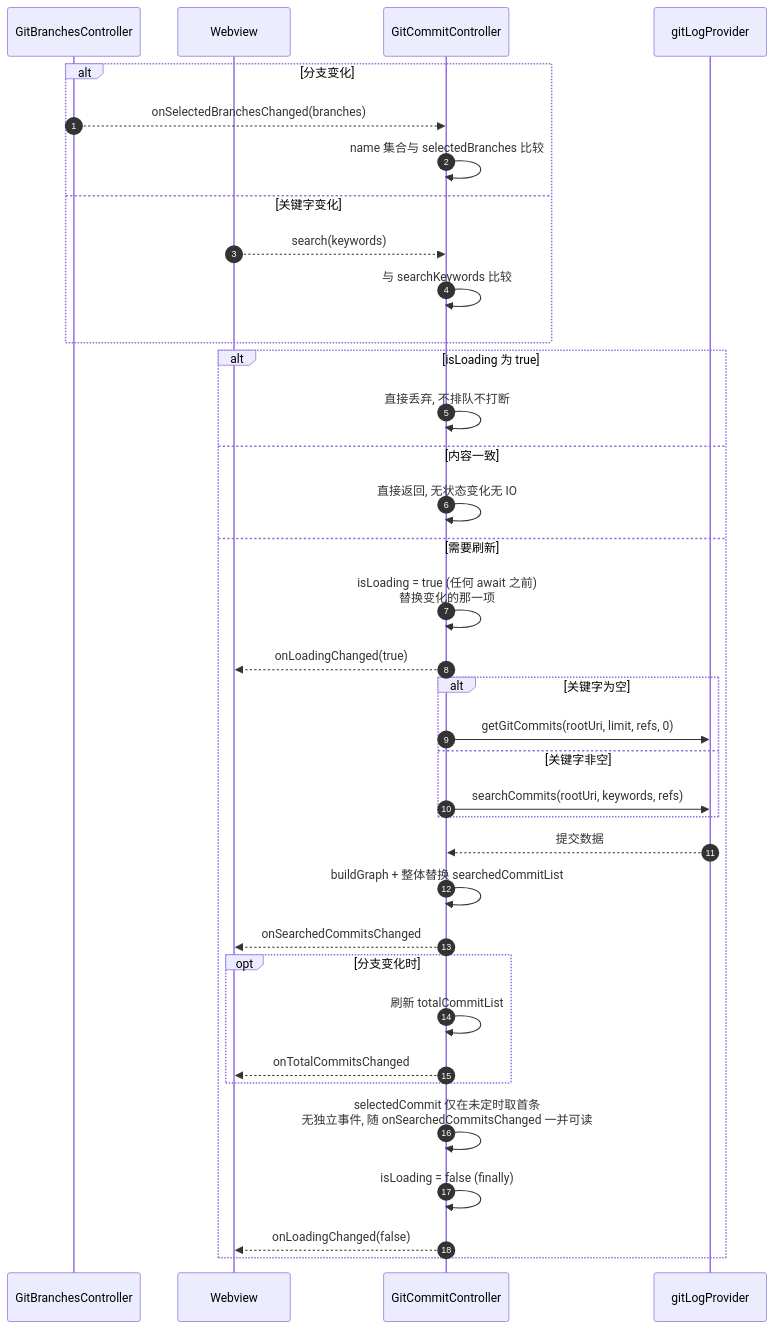
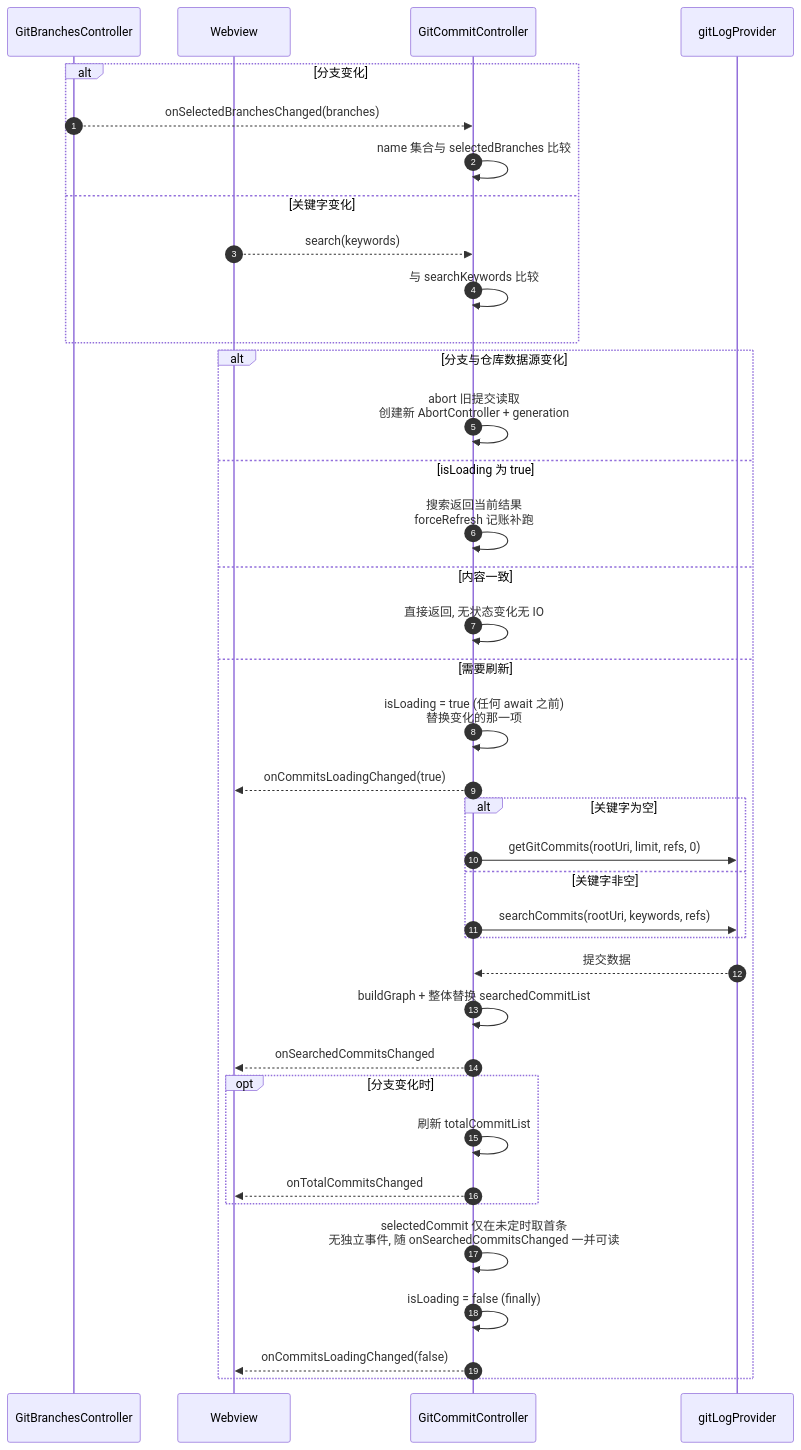
One commit to liangjunheng/vscode-gitk-pro changed the second of 5 diagrams in doc/gitcommitcontroller.md. Above: the diagram before and after it, drawn with Mermaid. The commit also changed other lines of this file and 17 other files, not shown here.

````diff
--- a/doc/gitcommitcontroller.md
+++ b/doc/gitcommitcontroller.md
@@ -117,40 +130,42 @@
 ```mermaid
 sequenceDiagram
     autonumber
     participant Br as GitBranchesController
     participant UI as Webview
     participant Ctrl as GitCommitController
     participant Git as gitLogProvider
 
     alt 分支变化
         Br-->>Ctrl: onSelectedBranchesChanged(branches)
         Ctrl->>Ctrl: name 集合与 selectedBranches 比较
     else 关键字变化
         UI-->>Ctrl: search(keywords)
         Ctrl->>Ctrl: 与 searchKeywords 比较
     end
 
-    alt isLoading 为 true
-        Ctrl->>Ctrl: 直接丢弃, 不排队不打断
+    alt 分支与仓库数据源变化
+        Ctrl->>Ctrl: abort 旧提交读取<br/>创建新 AbortController + generation
+    else isLoading 为 true
+        Ctrl->>Ctrl: 搜索返回当前结果<br/>forceRefresh 记账补跑
     else 内容一致
         Ctrl->>Ctrl: 直接返回, 无状态变化无 IO
     else 需要刷新
         Ctrl->>Ctrl: isLoading = true (任何 await 之前)<br/>替换变化的那一项
-        Ctrl-->>UI: onLoadingChanged(true)
+        Ctrl-->>UI: onCommitsLoadingChanged(true)
         alt 关键字为空
             Ctrl->>Git: getGitCommits(rootUri, limit, refs, 0)
         else 关键字非空
             Ctrl->>Git: searchCommits(rootUri, keywords, refs)
         end
         Git-->>Ctrl: 提交数据
         Ctrl->>Ctrl: buildGraph + 整体替换 searchedCommitList
         Ctrl-->>UI: onSearchedCommitsChanged
         opt 分支变化时
             Ctrl->>Ctrl: 刷新 totalCommitList
             Ctrl-->>UI: onTotalCommitsChanged
         end
         Ctrl->>Ctrl: selectedCommit 仅在未定时取首条<br/>无独立事件, 随 onSearchedCommitsChanged 一并可读
         Ctrl->>Ctrl: isLoading = false (finally)
-        Ctrl-->>UI: onLoadingChanged(false)
+        Ctrl-->>UI: onCommitsLoadingChanged(false)
     end
 ```
````
